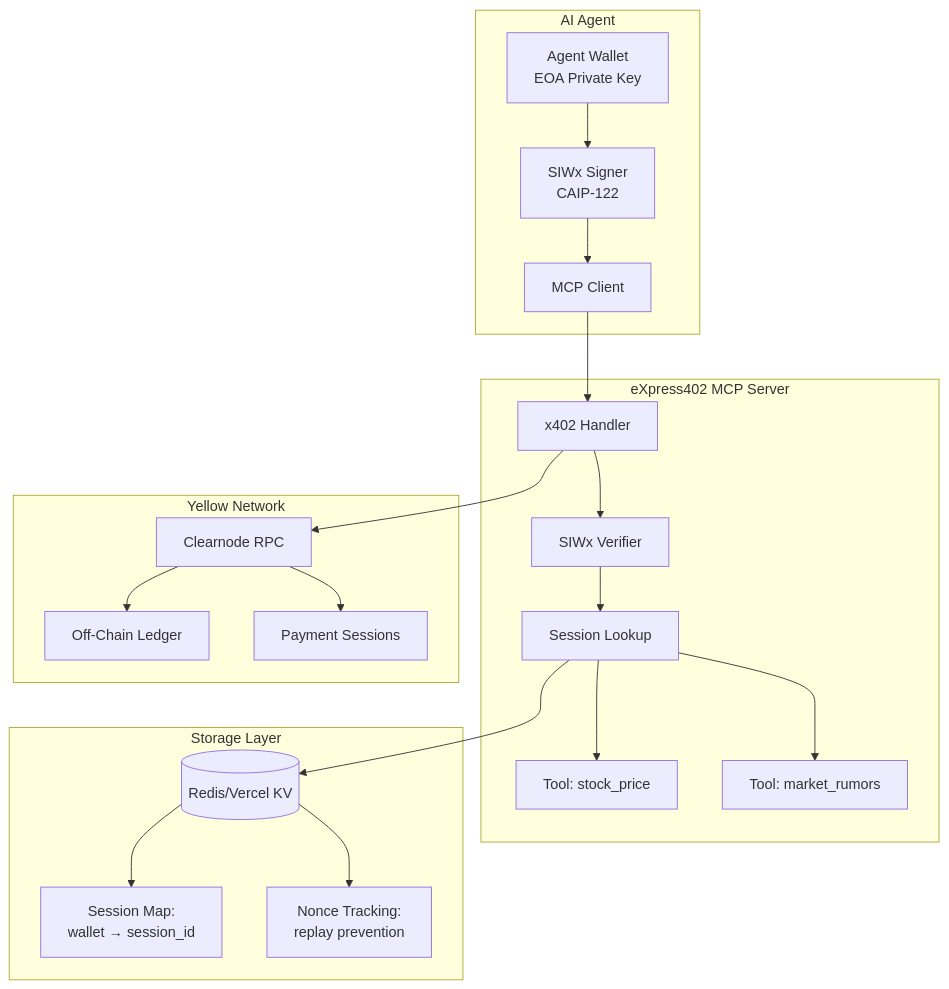
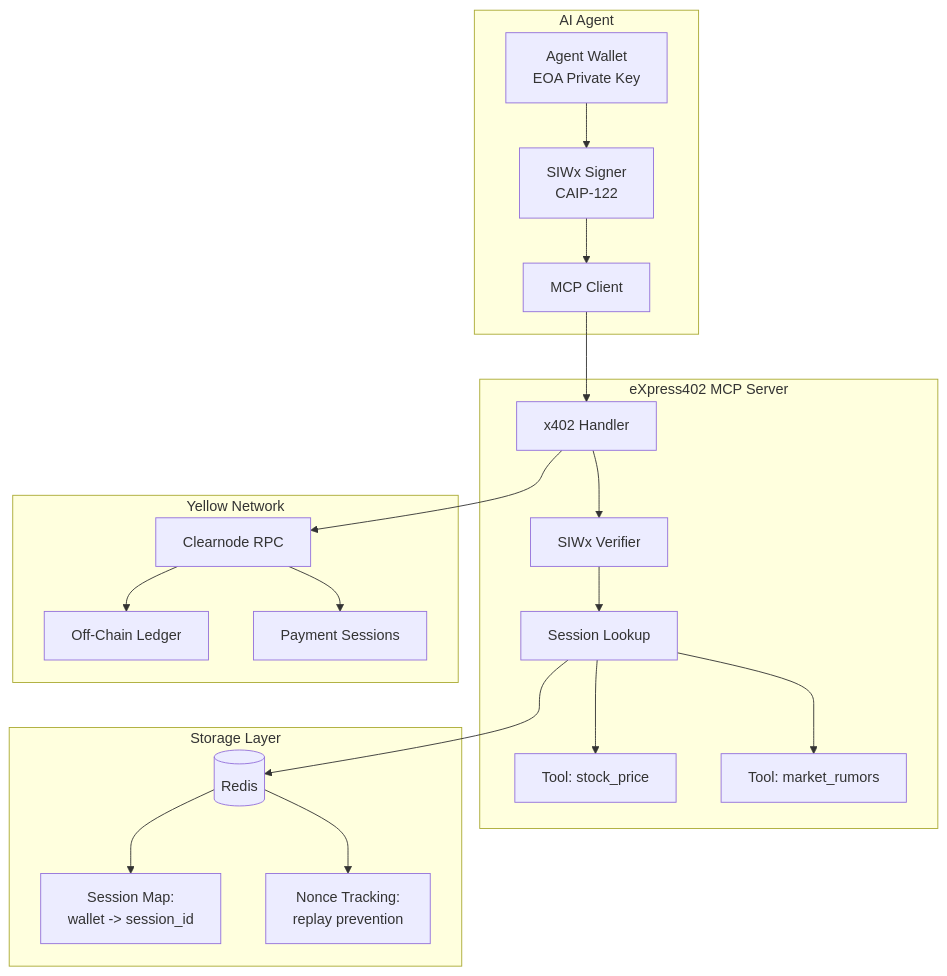
The first of 8 diagrams in docs/HACKATHON-FLOWS.md (vhspace/eXpress402), drawn with Mermaid before and after one commit. The commit also changed other lines of this file and 38 other files, not shown here.

````diff
--- a/docs/HACKATHON-FLOWS.md
+++ b/docs/HACKATHON-FLOWS.md
@@ -25,42 +25,42 @@
 ```mermaid
 graph TB
     subgraph "AI Agent"
         A1[Agent Wallet<br/>EOA Private Key]
         A2[SIWx Signer<br/>CAIP-122]
         A3[MCP Client]
     end
     
     subgraph "eXpress402 MCP Server"
         S1[x402 Handler]
         S2[SIWx Verifier]
         S3[Session Lookup]
         S4[Tool: stock_price]
         S5[Tool: market_rumors]
     end
     
     subgraph "Storage Layer"
-        R1[(Redis/Vercel KV)]
-        R2[Session Map:<br/>wallet → session_id]
+        R1[(Redis)]
+        R2[Session Map:<br/>wallet -> session_id]
         R3[Nonce Tracking:<br/>replay prevention]
     end
     
     subgraph "Yellow Network"
         Y1[Clearnode RPC]
         Y2[Off-Chain Ledger]
         Y3[Payment Sessions]
     end
     
     A1 --> A2
     A2 --> A3
     A3 --> S1
     S1 --> S2
     S2 --> S3
     S3 --> R1
     R1 --> R2
     R1 --> R3
     S3 --> S4
     S3 --> S5
     S1 --> Y1
     Y1 --> Y2
     Y1 --> Y3
 ```
````
